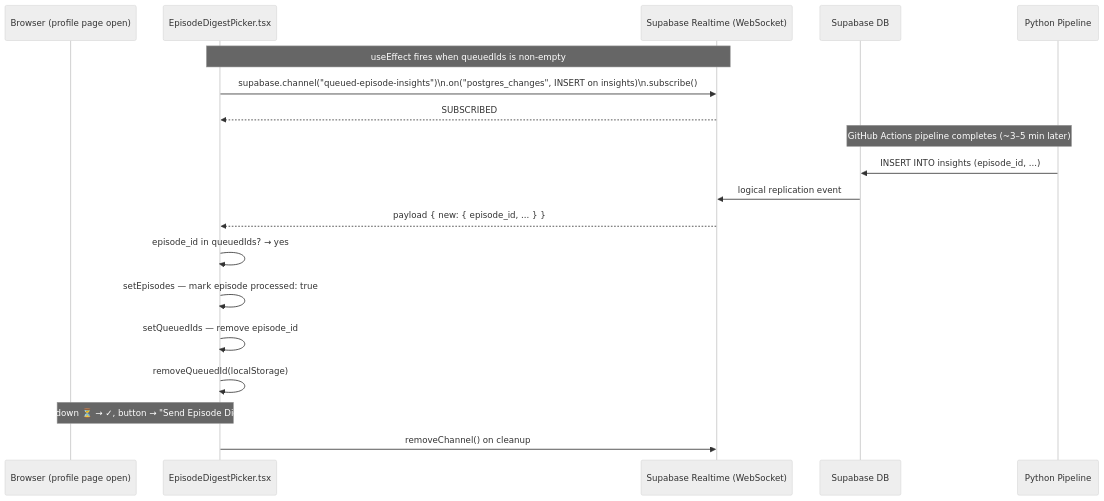
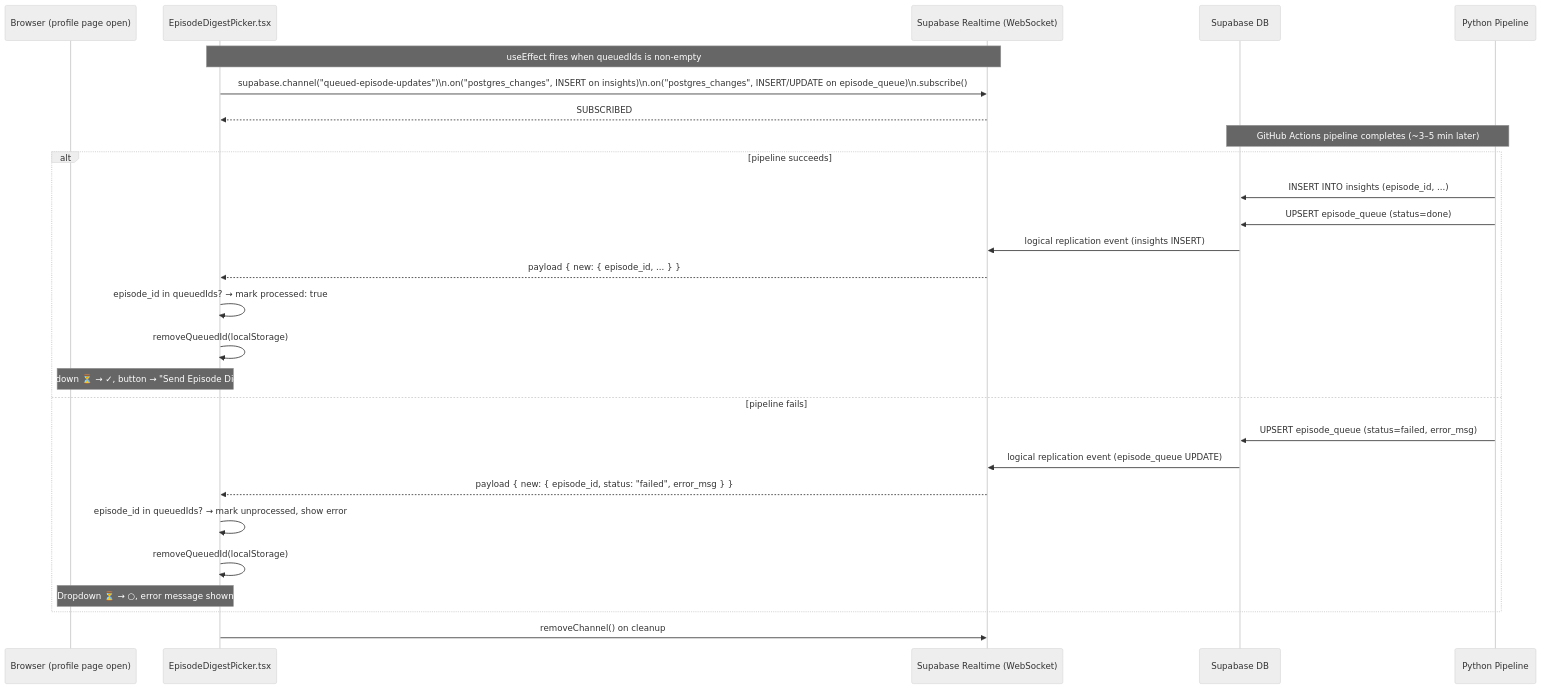
One commit to vtghub/PodcastsSummarizer changed diagram 11 of 12 in docs/request-workflow.md. Above: the diagram before and after it, drawn with Mermaid (neutral theme). The commit also changed other lines of this file and 2 other files, not shown here.

Commit message:
docs: update architecture and workflow diagrams post-PRs #62 and #64

````diff
--- a/docs/request-workflow.md
+++ b/docs/request-workflow.md
@@ -312,25 +318,31 @@
 ```mermaid
 sequenceDiagram
     participant B as Browser (profile page open)
     participant PICKER as EpisodeDigestPicker.tsx
     participant RT as Supabase Realtime (WebSocket)
     participant DB as Supabase DB
     participant PY as Python Pipeline
 
     Note over PICKER,RT: useEffect fires when queuedIds is non-empty
-    PICKER->>RT: supabase.channel("queued-episode-insights")\n.on("postgres_changes", INSERT on insights)\n.subscribe()
+    PICKER->>RT: supabase.channel("queued-episode-updates")\n.on("postgres_changes", INSERT on insights)\n.on("postgres_changes", INSERT/UPDATE on episode_queue)\n.subscribe()
     RT-->>PICKER: SUBSCRIBED
 
     Note over PY,DB: GitHub Actions pipeline completes (~3–5 min later)
-    PY->>DB: INSERT INTO insights (episode_id, ...)
-    DB->>RT: logical replication event
-    RT-->>PICKER: payload { new: { episode_id, ... } }
-
-    PICKER->>PICKER: episode_id in queuedIds? → yes
-    PICKER->>PICKER: setEpisodes — mark episode processed: true
-    PICKER->>PICKER: setQueuedIds — remove episode_id
-    PICKER->>PICKER: removeQueuedId(localStorage)
-
-    Note over B,PICKER: Dropdown ⏳ → ✓, button → "Send Episode Digest"
+    alt pipeline succeeds
+        PY->>DB: INSERT INTO insights (episode_id, ...)
+        PY->>DB: UPSERT episode_queue (status=done)
+        DB->>RT: logical replication event (insights INSERT)
+        RT-->>PICKER: payload { new: { episode_id, ... } }
+        PICKER->>PICKER: episode_id in queuedIds? → mark processed: true
+        PICKER->>PICKER: removeQueuedId(localStorage)
+        Note over B,PICKER: Dropdown ⏳ → ✓, button → "Send Episode Digest"
+    else pipeline fails
+        PY->>DB: UPSERT episode_queue (status=failed, error_msg)
+        DB->>RT: logical replication event (episode_queue UPDATE)
+        RT-->>PICKER: payload { new: { episode_id, status: "failed", error_msg } }
+        PICKER->>PICKER: episode_id in queuedIds? → mark unprocessed, show error
+        PICKER->>PICKER: removeQueuedId(localStorage)
+        Note over B,PICKER: Dropdown ⏳ → ○, error message shown
+    end
     PICKER->>RT: removeChannel() on cleanup
 ```
````
